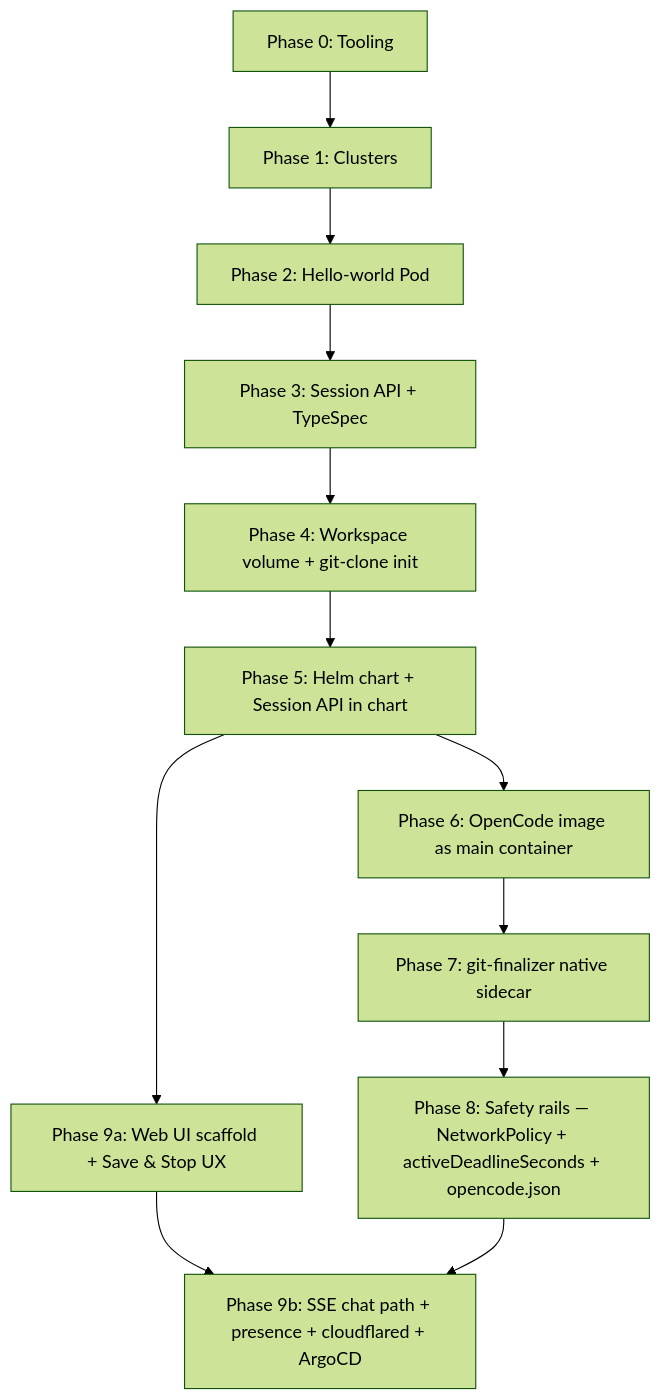
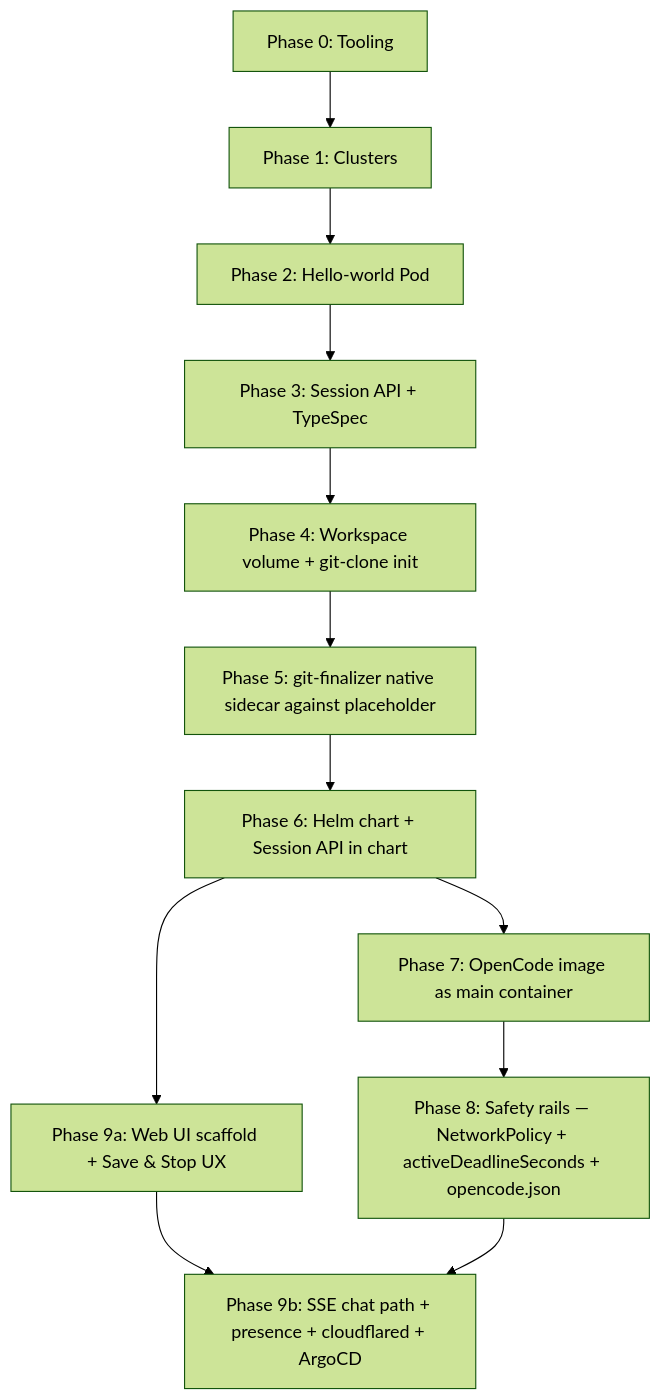
One commit to drigofonte/openvoid changed the first of 3 diagrams in docs/plans/2026-05-01-001-feat-v1-staged-walkthrough-plan.md. Above: the diagram before and after it, drawn with Mermaid (forest theme). The commit also changed other lines of this file, not shown here.

````diff
--- a/docs/plans/2026-05-01-001-feat-v1-staged-walkthrough-plan.md
+++ b/docs/plans/2026-05-01-001-feat-v1-staged-walkthrough-plan.md
@@ -300,14 +312,14 @@
 ```mermaid
 graph TB
     P0[Phase 0: Tooling] --> P1[Phase 1: Clusters]
     P1 --> P2[Phase 2: Hello-world Pod]
     P2 --> P3[Phase 3: Session API + TypeSpec]
     P3 --> P4[Phase 4: Workspace volume + git-clone init]
-    P4 --> P5[Phase 5: Helm chart + Session API in chart]
-    P5 --> P6[Phase 6: OpenCode image as main container]
-    P6 --> P7[Phase 7: git-finalizer native sidecar]
+    P4 --> P5[Phase 5: git-finalizer native sidecar against placeholder]
+    P5 --> P6[Phase 6: Helm chart + Session API in chart]
+    P6 --> P7[Phase 7: OpenCode image as main container]
     P7 --> P8[Phase 8: Safety rails — NetworkPolicy + activeDeadlineSeconds + opencode.json]
-    P5 --> P9a[Phase 9a: Web UI scaffold + Save & Stop UX]
+    P6 --> P9a[Phase 9a: Web UI scaffold + Save & Stop UX]
     P9a --> P9b[Phase 9b: SSE chat path + presence + cloudflared + ArgoCD]
     P8 --> P9b
 ```
````
